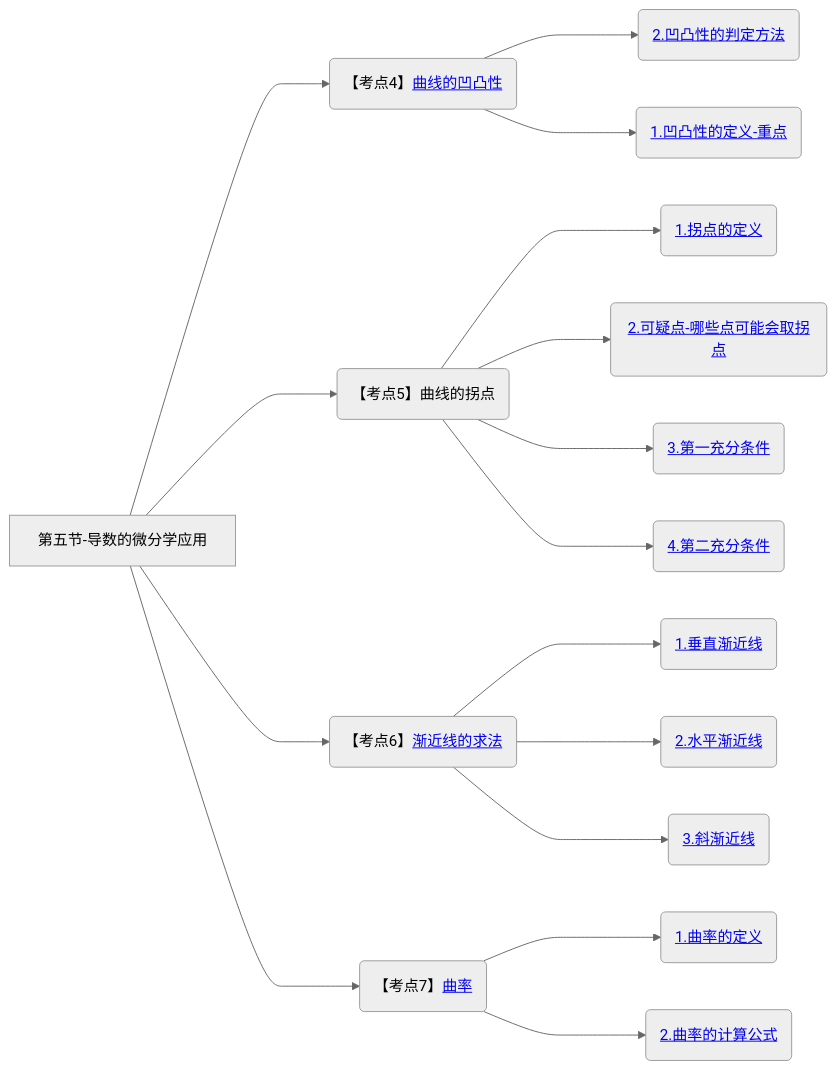
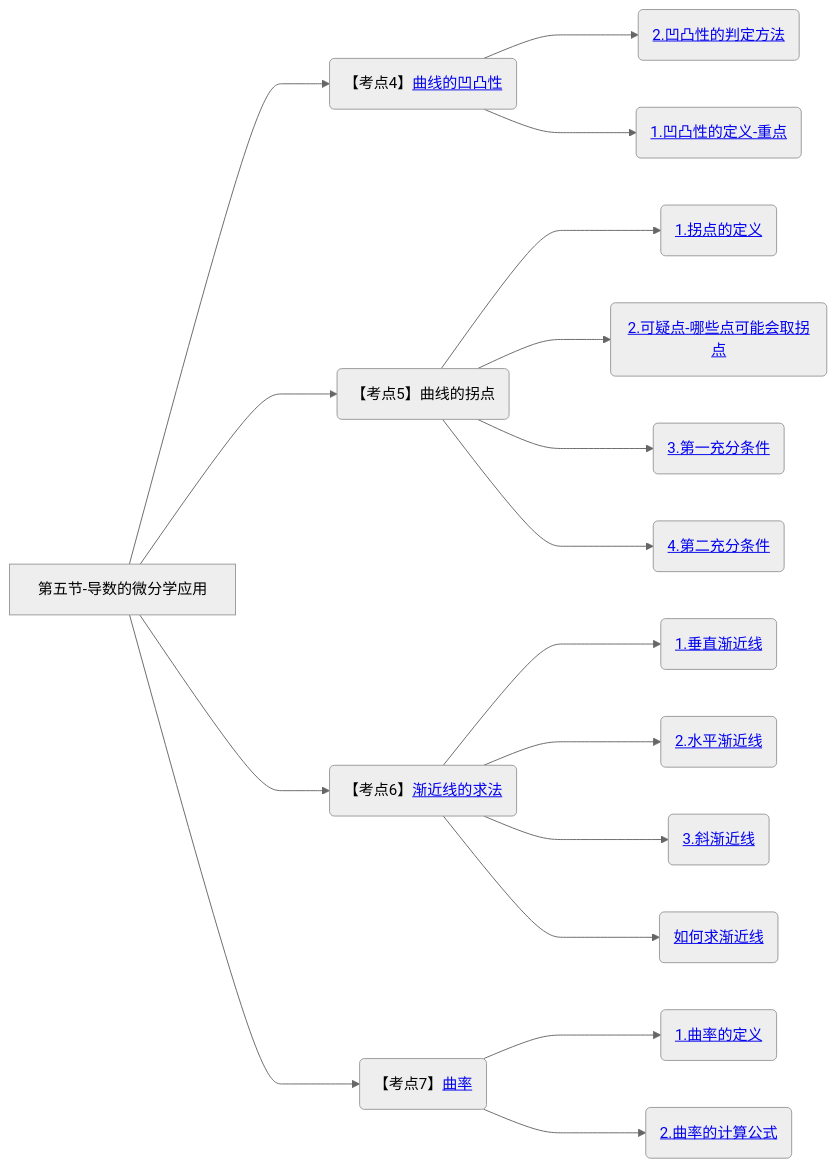
Before and after one commit to yuebinghui/note: diagram 16 of 16 in 笔记/数学/周洋鑫/01.基础班思维导图.md, drawn with Mermaid (neutral theme). The commit also changed 2 other files, not shown here.

Commit message:
Sat Dec  7 11:40:01 CST 2024

````diff
--- a/笔记/数学/周洋鑫/01.基础班思维导图.md
+++ b/笔记/数学/周洋鑫/01.基础班思维导图.md
@@ -566,24 +566,25 @@
 ```mermaid
 graph LR
 第五节-导数的微分学应用
 
 
 第五节-导数的微分学应用--->曲线的凹凸性(【考点4】<a href="/Users/yuebinghui/Documents/program/github/note/笔记/数学/周洋鑫/基础班/17.导数的微分学应用_3.md#曲线的凹凸性">曲线的凹凸性</>)
 曲线的凹凸性--->2.凹凸性的判定方法(<a href="/Users/yuebinghui/Documents/program/github/note/笔记/数学/周洋鑫/基础班/17.导数的微分学应用_3.md#2.凹凸性的判定方法">2.凹凸性的判定方法</>)
 曲线的凹凸性--->1.凹凸性的定义-重点(<a href="/Users/yuebinghui/Documents/program/github/note/笔记/数学/周洋鑫/基础班/17.导数的微分学应用_3.md#1.凹凸性的定义-重点">1.凹凸性的定义-重点</>)
 
 第五节-导数的微分学应用--->曲线的拐点(【考点5】曲线的拐点)
 曲线的拐点--->1.拐点的定义(<a href="/Users/yuebinghui/Documents/program/github/note/笔记/数学/周洋鑫/基础班/17.导数的微分学应用_3.md#1.拐点的定义">1.拐点的定义</>)
 曲线的拐点--->2.可疑点-哪些点可能会取拐点(<a href="/Users/yuebinghui/Documents/program/github/note/笔记/数学/周洋鑫/基础班/17.导数的微分学应用_3.md#2.可疑点-哪些点可能会取拐点">2.可疑点-哪些点可能会取拐点</>)
 曲线的拐点--->3.第一充分条件(<a href="/Users/yuebinghui/Documents/program/github/note/笔记/数学/周洋鑫/基础班/17.导数的微分学应用_3.md#3.第一充分条件">3.第一充分条件</>)
 曲线的拐点--->4.第二充分条件(<a href="/Users/yuebinghui/Documents/program/github/note/笔记/数学/周洋鑫/基础班/17.导数的微分学应用_3.md#4.第二充分条件">4.第二充分条件</>)
 
 第五节-导数的微分学应用--->渐近线的求法(【考点6】<a href="/Users/yuebinghui/Documents/program/github/note/笔记/数学/周洋鑫/基础班/17.导数的微分学应用_3.md#渐近线的求法">渐近线的求法</>)
 渐近线的求法--->1.垂直渐近线(<a href="/Users/yuebinghui/Documents/program/github/note/笔记/数学/周洋鑫/基础班/17.导数的微分学应用_3.md#1.垂直渐近线">1.垂直渐近线</>)
 渐近线的求法--->2.水平渐近线(<a href="/Users/yuebinghui/Documents/program/github/note/笔记/数学/周洋鑫/基础班/17.导数的微分学应用_3.md#2.水平渐近线">2.水平渐近线</>)
 渐近线的求法--->3.斜渐近线(<a href="/Users/yuebinghui/Documents/program/github/note/笔记/数学/周洋鑫/基础班/17.导数的微分学应用_3.md#3.斜渐近线">3.斜渐近线</>)
+渐近线的求法--->如何求渐近线(<a href="/Users/yuebinghui/Documents/program/github/note/笔记/数学/周洋鑫/基础班/17.导数的微分学应用_3.md#如何求渐近线">如何求渐近线</>)
 
 第五节-导数的微分学应用--->曲率(【考点7】<a href="/Users/yuebinghui/Documents/program/github/note/笔记/数学/周洋鑫/基础班/17.导数的微分学应用_3.md#曲率">曲率</>)
 曲率--->1.曲率的定义(<a href="/Users/yuebinghui/Documents/program/github/note/笔记/数学/周洋鑫/基础班/17.导数的微分学应用_3.md#1.曲率的定义">1.曲率的定义</>)
 曲率--->2.曲率的计算公式(<a href="/Users/yuebinghui/Documents/program/github/note/笔记/数学/周洋鑫/基础班/17.导数的微分学应用_3.md#2.曲率的计算公式">2.曲率的计算公式</>)
 ```
````
